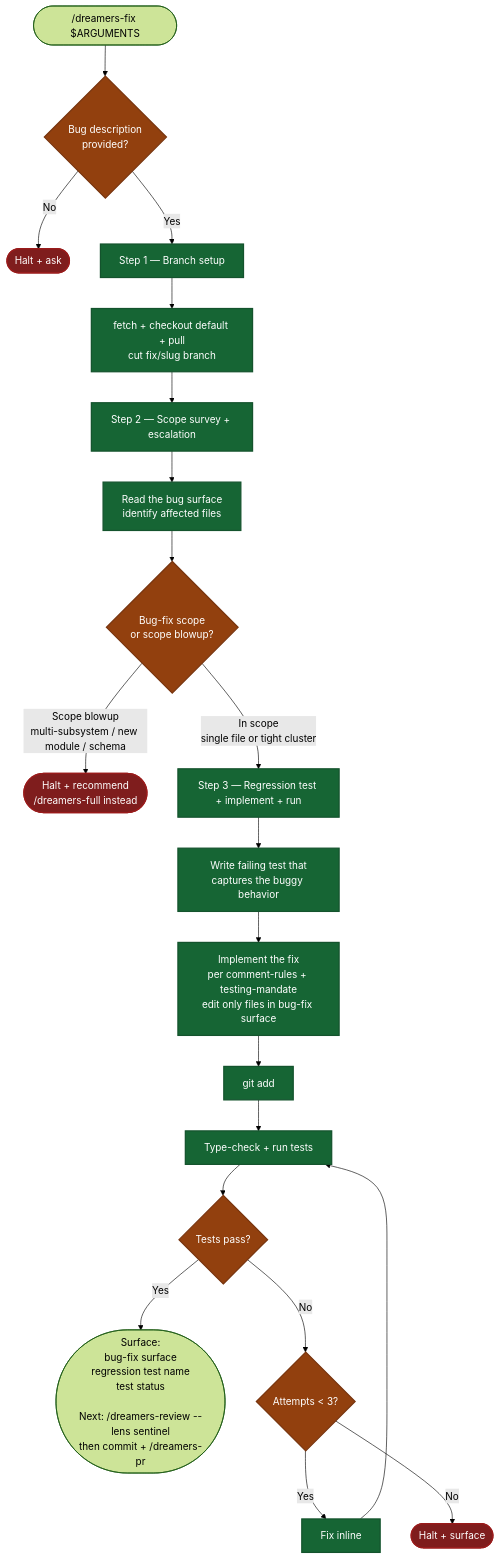
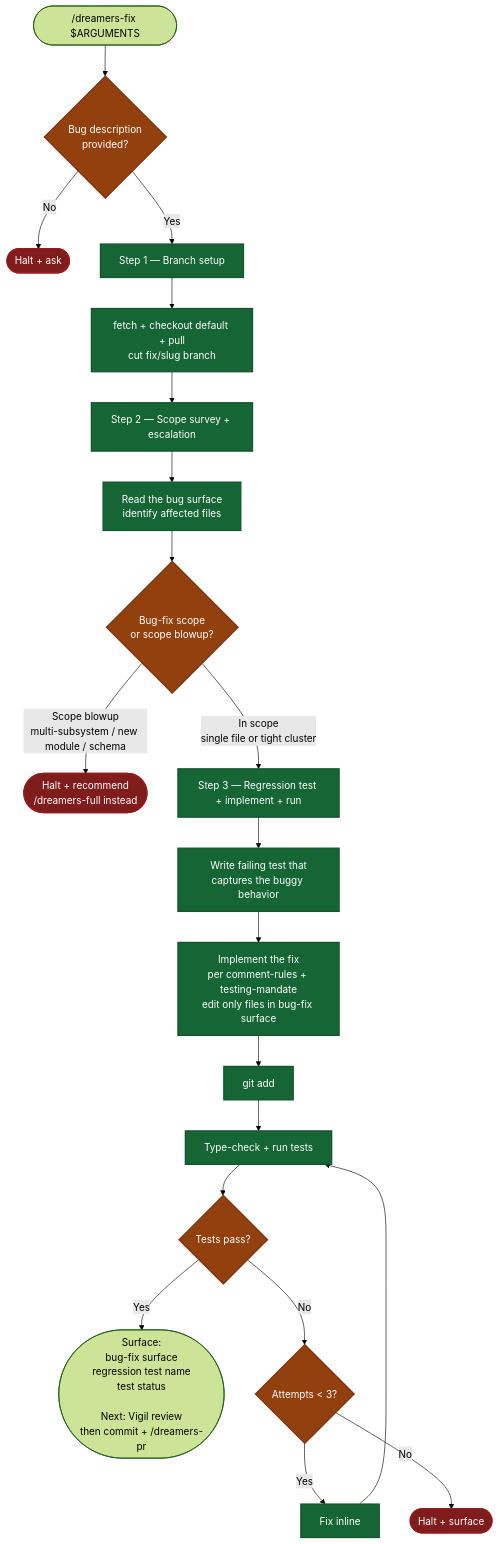
The diagram in .github/skills/dreamers-fix/readme.md (mrStorrs/dreamers-copilot), drawn with Mermaid (forest theme) before and after one commit. The commit also changed other lines of this file and 15 other files, not shown here.

````diff
--- a/.github/skills/dreamers-fix/readme.md
+++ b/.github/skills/dreamers-fix/readme.md
@@ -5,33 +5,33 @@
 ```mermaid
 flowchart TD
     Start(["/dreamers-fix $ARGUMENTS"]) --> ArgCheck{"Bug description<br/>provided?"}
     ArgCheck -->|No| HaltA(["Halt + ask"])
     ArgCheck -->|Yes| S1
 
     S1["Step 1 — Branch setup"] --> Branch["fetch + checkout default + pull<br/>cut fix/slug branch"]
     Branch --> S2
 
     S2["Step 2 — Scope survey + escalation"] --> Survey["Read the bug surface<br/>identify affected files"]
     Survey --> ScopeCheck{"Bug-fix scope<br/>or scope blowup?"}
     ScopeCheck -->|"Scope blowup<br/>multi-subsystem / new module / schema"| HaltB(["Halt + recommend<br/>/dreamers-full instead"])
     ScopeCheck -->|"In scope<br/>single file or tight cluster"| S3
 
     S3["Step 3 — Regression test + implement + run"] --> WriteTest["Write failing test that<br/>captures the buggy behavior"]
     WriteTest --> Implement["Implement the fix<br/>per comment-rules + testing-mandate<br/>edit only files in bug-fix surface"]
     Implement --> Stage["git add"]
     Stage --> RunTests["Type-check + run tests"]
     RunTests --> TestResult{"Tests pass?"}
-    TestResult -->|Yes| End(["Surface:<br/>bug-fix surface<br/>regression test name<br/>test status<br/><br/>Next: /dreamers-review --lens sentinel<br/>then commit + /dreamers-pr"])
+    TestResult -->|Yes| End(["Surface:<br/>bug-fix surface<br/>regression test name<br/>test status<br/><br/>Next: Vigil review<br/>then commit + /dreamers-pr"])
     TestResult -->|No| AttemptCheck{"Attempts < 3?"}
     AttemptCheck -->|Yes| FixInline["Fix inline"]
     FixInline --> RunTests
     AttemptCheck -->|No| HaltC(["Halt + surface"])
 
     classDef gate fill:#92400e,stroke:#78350f,stroke-width:2px,color:#fff
     classDef halt fill:#7f1d1d,stroke:#991b1b,stroke-width:2px,color:#fff
     classDef phase fill:#166534,stroke:#14532d,stroke-width:2px,color:#fff
 
     class ArgCheck,ScopeCheck,TestResult,AttemptCheck gate
     class HaltA,HaltB,HaltC halt
     class S1,S2,S3,Branch,Survey,WriteTest,Implement,Stage,RunTests,FixInline phase
 ```
````
